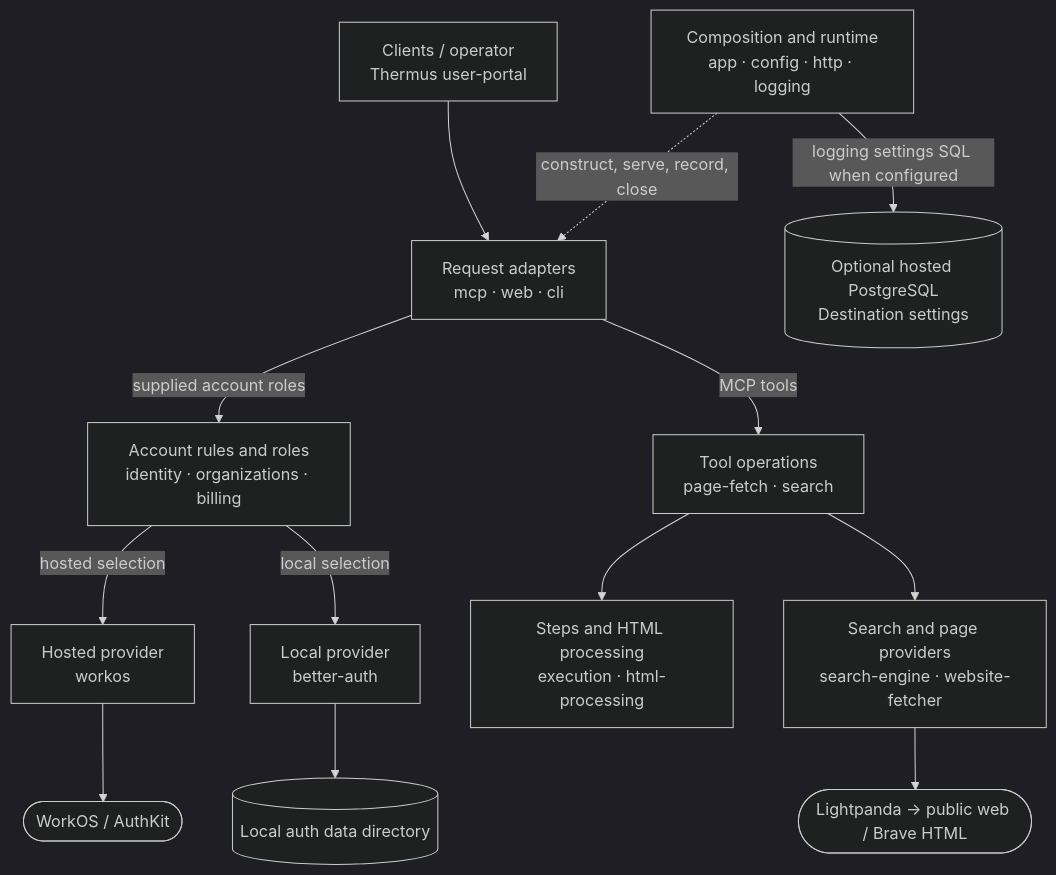
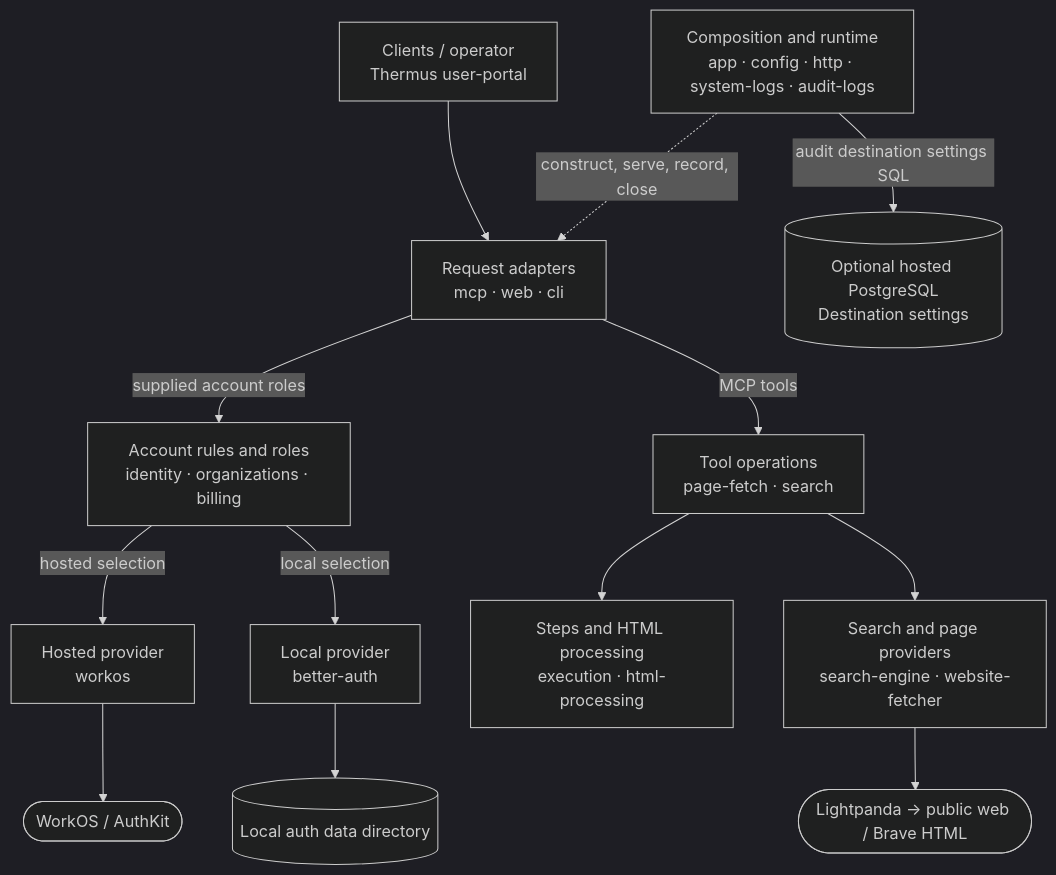
Before and after one commit to tomer-mayara/Thermus: the ninth of 13 diagrams in architecture/components.md, drawn with Mermaid (dark theme). The commit also changed other lines of this file and 61 other files, not shown here.

Commit message:
Separate internal system logs from customer audit contracts

````diff
--- a/architecture/components.md
+++ b/architecture/components.md
@@ -323,28 +366,28 @@
 ```mermaid
 flowchart TB
   clients["Clients / operator<br/>Thermus user-portal"]
   interfaces["Request adapters<br/>mcp · web · cli"]
   accounts["Account rules and roles<br/>identity · organizations · billing"]
   hosted["Hosted provider<br/>workos"]
   local["Local provider<br/>better-auth"]
   workos_service(["WorkOS / AuthKit"])
   local_data[("Local auth data directory")]
   tools["Tool operations<br/>page-fetch · search"]
   processing["Steps and HTML processing<br/>execution · html-processing"]
   fetching["Search and page providers<br/>search-engine · website-fetcher"]
   external_web(["Lightpanda → public web / Brave HTML"])
-  runtime["Composition and runtime<br/>app · config · http · logging"]
+  runtime["Composition and runtime<br/>app · config · http · system-logs · audit-logs"]
   settings_data[("Optional hosted PostgreSQL<br/>Destination settings")]
   clients --> interfaces
   interfaces -->|supplied account roles| accounts
   accounts -->|hosted selection| hosted
   accounts -->|local selection| local
   hosted --> workos_service
   local --> local_data
   interfaces -->|MCP tools| tools
   tools --> processing
   tools --> fetching
   fetching --> external_web
   runtime -.->|construct, serve, record, close| interfaces
-  runtime -->|logging settings SQL when configured| settings_data
+  runtime -->|audit destination settings SQL| settings_data
 ```
````
